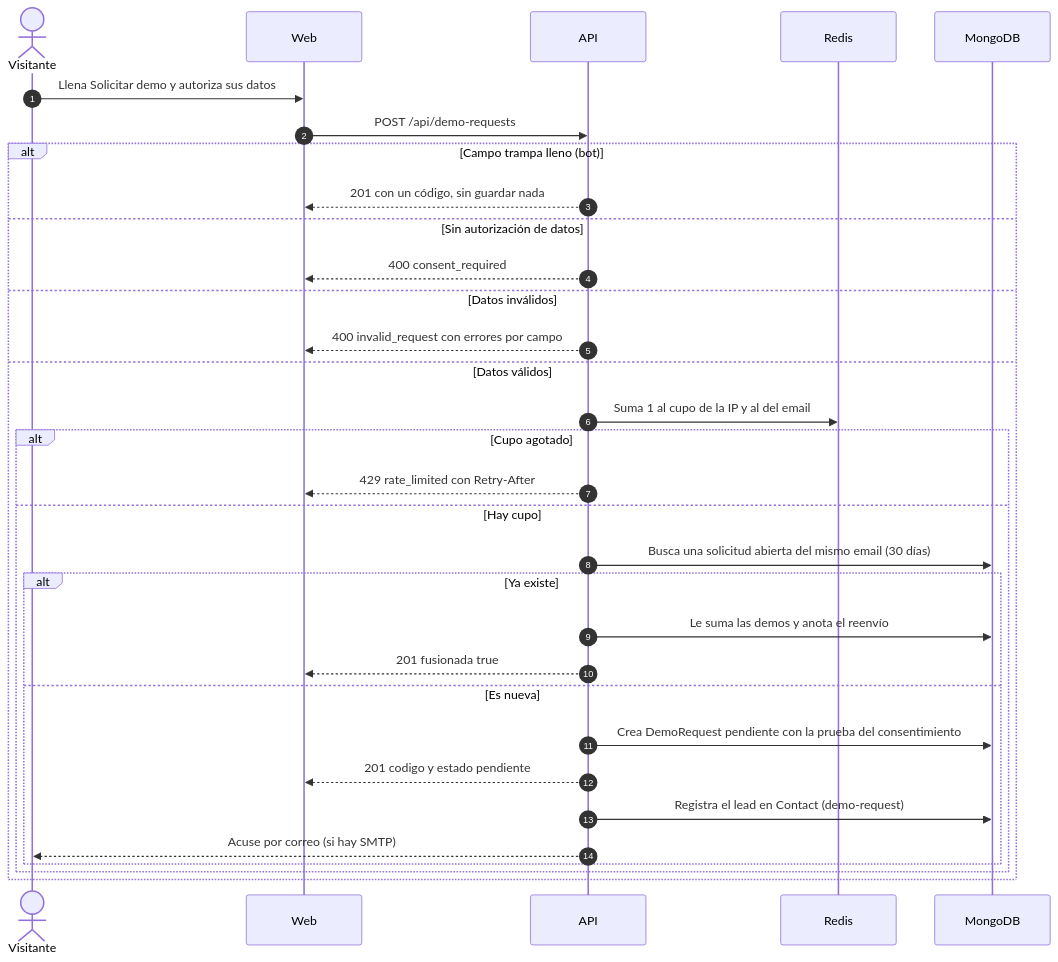
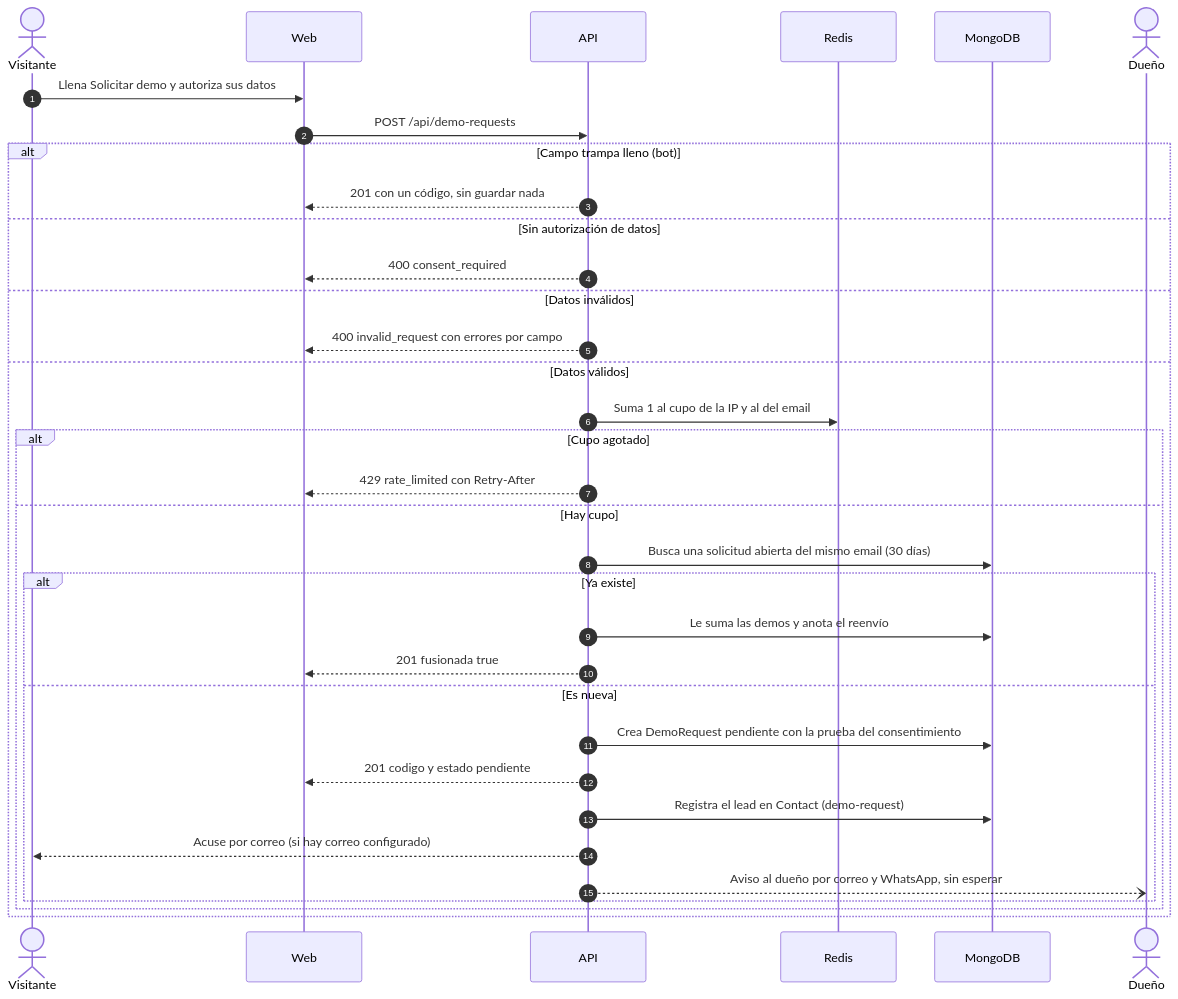
The fourth of 10 diagrams in docs/wiki/Doc-08-API.md (ronalc90/koptup), drawn with Mermaid before and after one commit. The commit also changed other lines of this file and 45 other files, not shown here.

First line of the commit message:
docs(avisos): configuración de Resend y de la plantilla de WhatsApp, operación y wiki

````diff
--- a/docs/wiki/Doc-08-API.md
+++ b/docs/wiki/Doc-08-API.md
@@ -501,34 +555,36 @@
 ```mermaid
 sequenceDiagram
     autonumber
     actor V as Visitante
     participant W as Web
     participant A as API
     participant R as Redis
     participant M as MongoDB
+    actor D as Dueño
     V->>W: Llena Solicitar demo y autoriza sus datos
     W->>A: POST /api/demo-requests
     alt Campo trampa lleno (bot)
         A-->>W: 201 con un código, sin guardar nada
     else Sin autorización de datos
         A-->>W: 400 consent_required
     else Datos inválidos
         A-->>W: 400 invalid_request con errores por campo
     else Datos válidos
         A->>R: Suma 1 al cupo de la IP y al del email
         alt Cupo agotado
             A-->>W: 429 rate_limited con Retry-After
         else Hay cupo
             A->>M: Busca una solicitud abierta del mismo email (30 días)
             alt Ya existe
                 A->>M: Le suma las demos y anota el reenvío
                 A-->>W: 201 fusionada true
             else Es nueva
                 A->>M: Crea DemoRequest pendiente con la prueba del consentimiento
                 A-->>W: 201 codigo y estado pendiente
                 A->>M: Registra el lead en Contact (demo-request)
-                A-->>V: Acuse por correo (si hay SMTP)
+                A-->>V: Acuse por correo (si hay correo configurado)
+                A--)D: Aviso al dueño por correo y WhatsApp, sin esperar
             end
         end
     end
 ```
````
